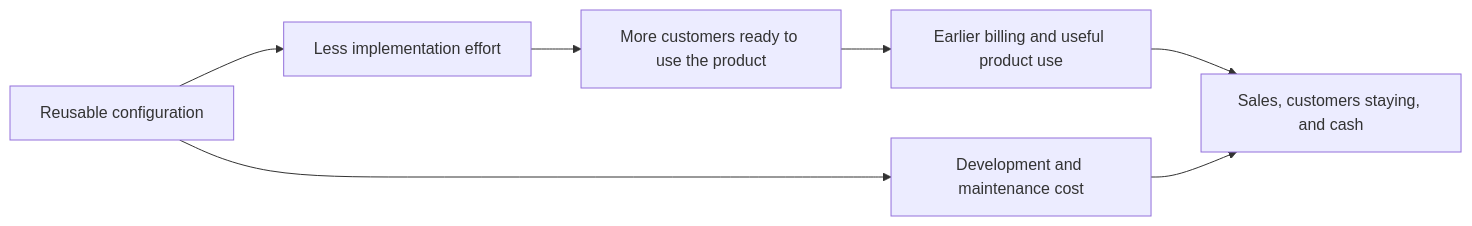
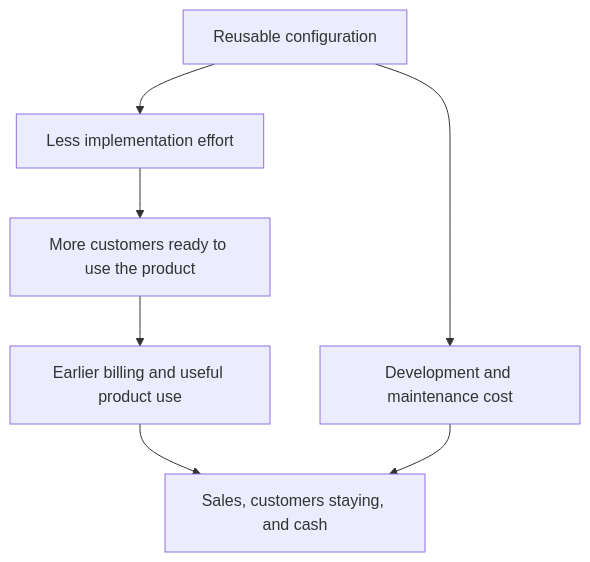
Before and after one commit to zeljkoobrenovic/owned-book: the diagram in manuscript/roadmap-to-revenue.md, drawn with Mermaid. The commit also changed other lines of this file and 129 other files, not shown here.

````diff
--- a/manuscript/roadmap-to-revenue.md
+++ b/manuscript/roadmap-to-revenue.md
@@ -48,9 +63,9 @@
 ```mermaid
-flowchart LR
+flowchart TD
   A[Reusable configuration] --> B[Less implementation effort]
   B --> C[More customers ready to use the product]
   C --> D[Earlier billing and useful product use]
   D --> E[Sales, customers staying, and cash]
   A --> F[Development and maintenance cost]
   F --> E
 ```
````
